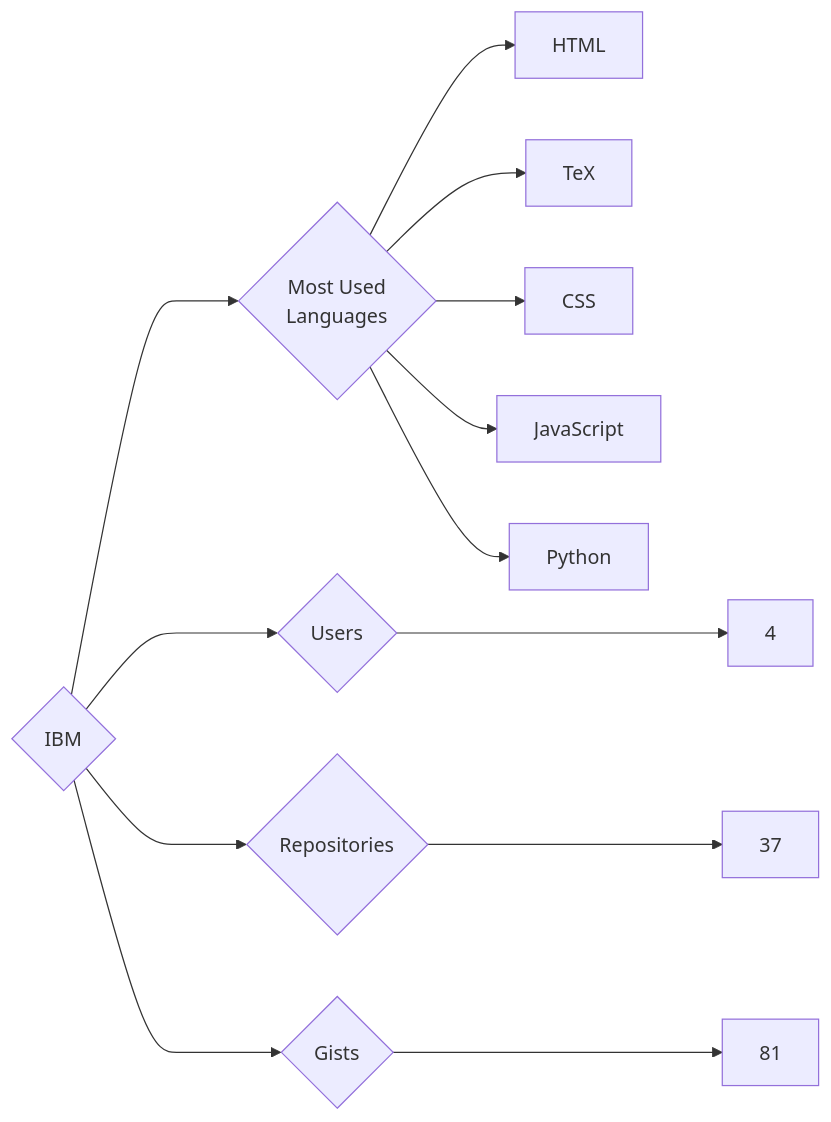
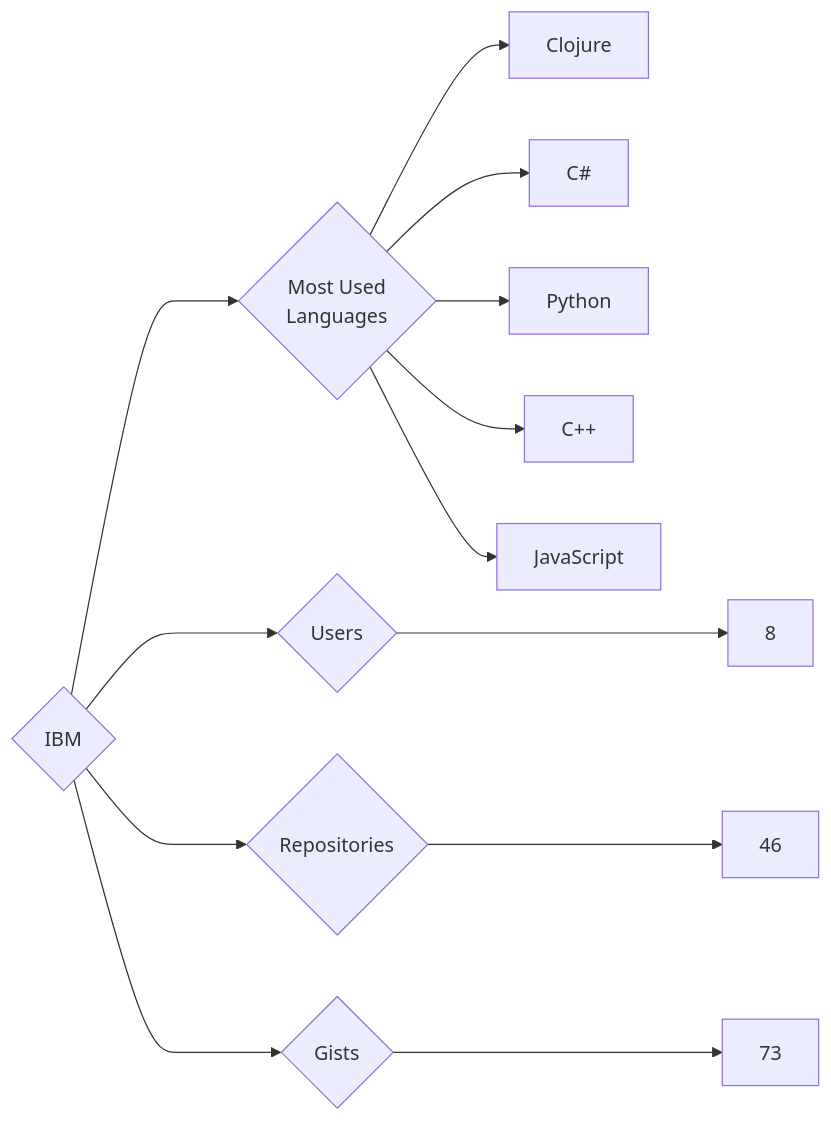
The diagram in targets/IBM/README.md (trickest/insiders), drawn with Mermaid before and after one commit. The commit also changed 1036 other files, not shown here.

````diff
--- a/targets/IBM/README.md
+++ b/targets/IBM/README.md
@@ -3,13 +3,13 @@
 ```mermaid
 graph LR
 COMPANY_NAME{IBM}
-COMPANY_NAME ---> U{Users} ---> UN[4]
-COMPANY_NAME ---> R{Repositories} ---> RN[37]
-COMPANY_NAME ---> G{Gists} ---> GN[81]
+COMPANY_NAME ---> U{Users} ---> UN[8]
+COMPANY_NAME ---> R{Repositories} ---> RN[46]
+COMPANY_NAME ---> G{Gists} ---> GN[73]
 COMPANY_NAME ---> ML{Most Used<br>Languages}
-ML --> HTML[HTML]
-ML --> TeX[TeX]
-ML --> CSS[CSS]
+ML --> Clojure[Clojure]
+ML --> C#[C#]
+ML --> Python[Python]
+ML --> C++[C++]
 ML --> JavaScript[JavaScript]
-ML --> Python[Python]
 ```
````
